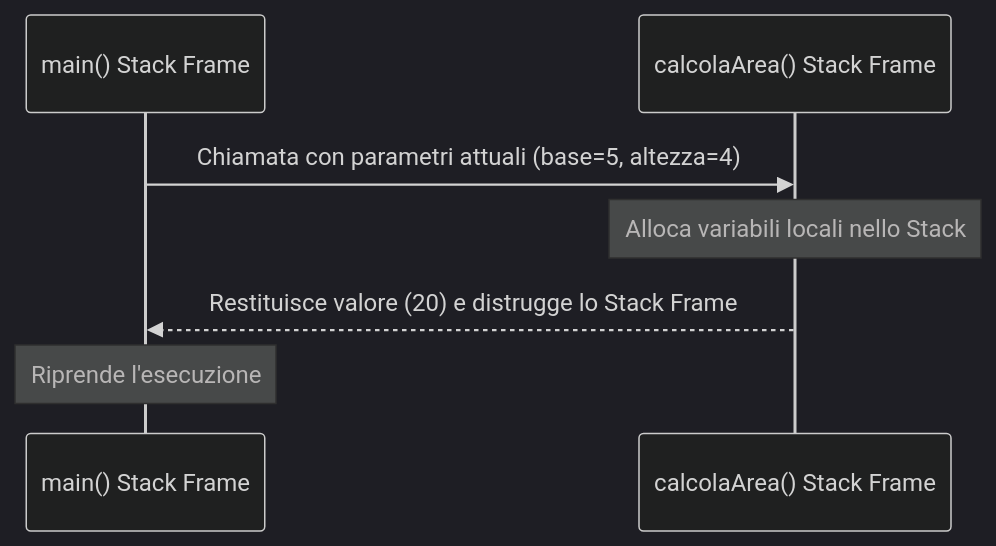
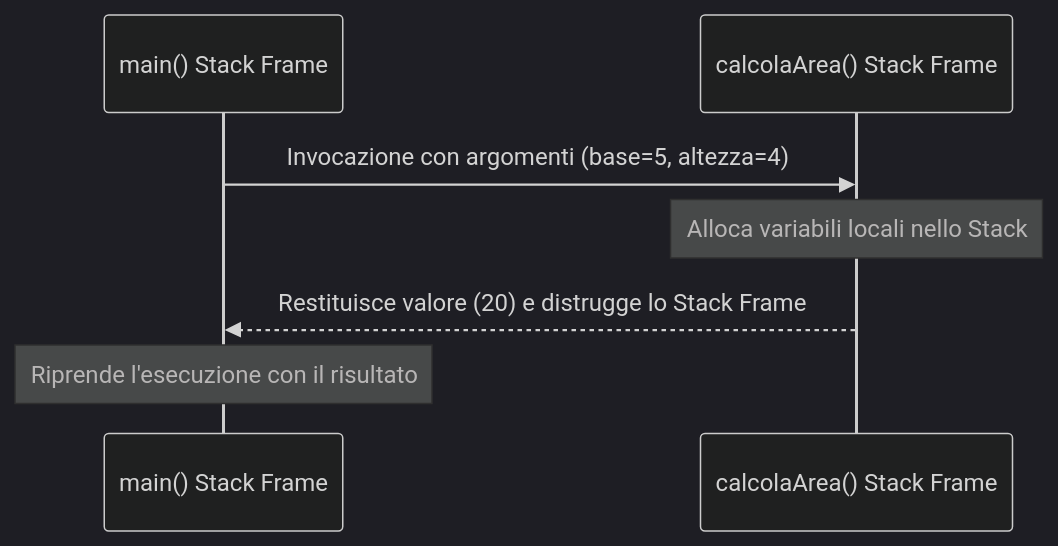
Before and after one commit to Ale3086/AppuntiAleCas: the fourth of 5 diagrams in content/Informatica/Cpp/Le funzioni e procedure.md, drawn with Mermaid (dark theme). The commit also changed other lines of this file and 119 other files, not shown here.

````diff
--- a/content/Informatica/Cpp/Le funzioni e procedure.md
+++ b/content/Informatica/Cpp/Le funzioni e procedure.md
@@ -204,10 +226,10 @@
 ```mermaid
 sequenceDiagram
     participant Main as main() Stack Frame
     participant Func as calcolaArea() Stack Frame
 
-    Main->>Func: Chiamata con parametri attuali (base=5, altezza=4)
+    Main->>Func: Invocazione con argomenti (base=5, altezza=4)
     Note over Func: Alloca variabili locali nello Stack
     Func-->>Main: Restituisce valore (20) e distrugge lo Stack Frame
-    Note over Main: Riprende l'esecuzione
+    Note over Main: Riprende l'esecuzione con il risultato
 ```
````
